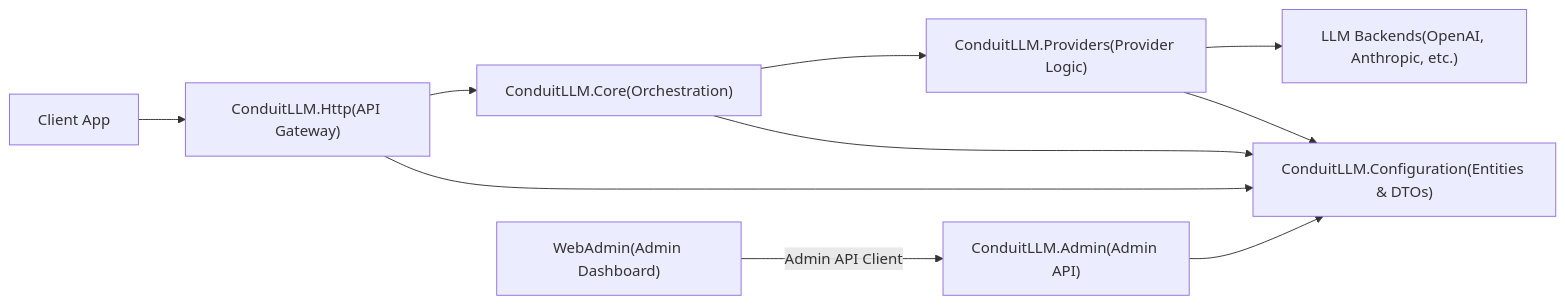
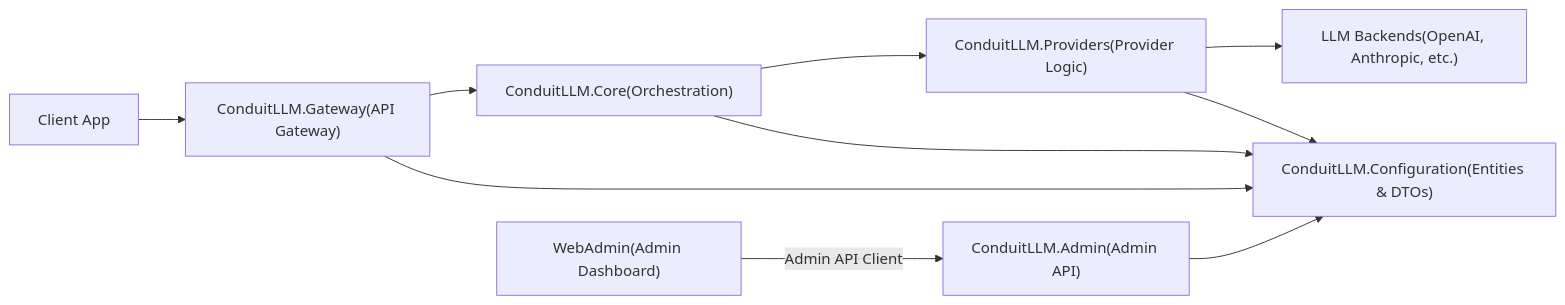
Before and after one commit to knnlabs/Conduit: the diagram in README.md, drawn with Mermaid. The commit also changed other lines of this file and 559 other files, not shown here.

Commit message:
chore: rename ConduitLLM.Http to ConduitLLM.Gateway

````diff
--- a/README.md
+++ b/README.md
@@ -83,22 +83,22 @@
 ```mermaid
 flowchart LR
     WebAdmin["WebAdmin(Admin Dashboard)"]
     AdminAPI["ConduitLLM.Admin(Admin API)"]
-    Http["ConduitLLM.Http(API Gateway)"]
+    Http["ConduitLLM.Gateway(API Gateway)"]
     Core["ConduitLLM.Core(Orchestration)"]
     Providers["ConduitLLM.Providers(Provider Logic)"]
     Config["ConduitLLM.Configuration(Entities & DTOs)"]
     LLM["LLM Backends(OpenAI, Anthropic, etc.)"]
     
     WebAdmin -->|Admin API Client| AdminAPI
     AdminAPI --> Config
     
     Client["Client App"] --> Http
     Http --> Core
     Core --> Providers
     Providers --> LLM
     
     Http --> Config
     Core --> Config
     Providers --> Config
 ```
````
